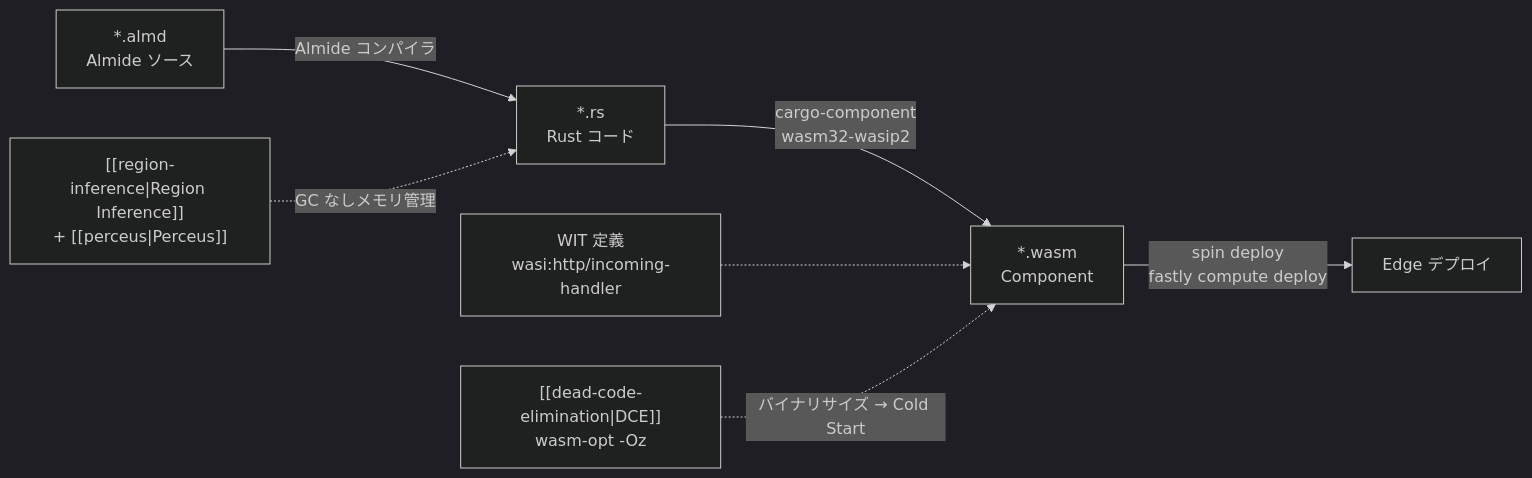
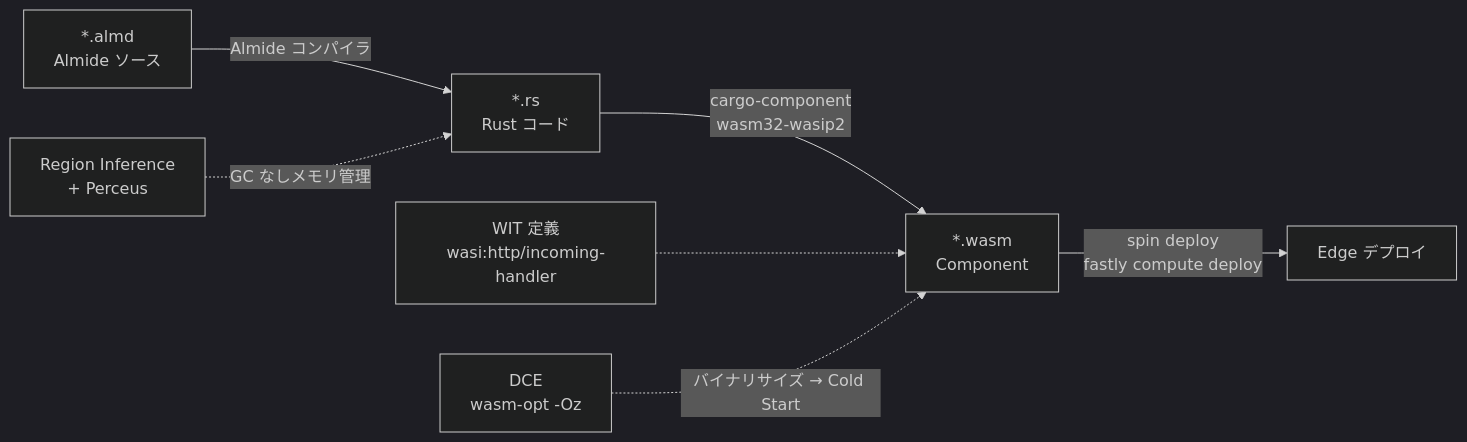
The seventh of 8 diagrams in vault/edge-wasm-landscape.md (O6lvl4/O6lvl4-knowledge), drawn with Mermaid (dark theme) before and after one commit. The commit also changed other lines of this file, not shown here.

Commit message:
Remove wikilinks from Mermaid blocks for proper rendering

````diff
--- a/vault/edge-wasm-landscape.md
+++ b/vault/edge-wasm-landscape.md
@@ -205,20 +205,20 @@
 ```mermaid
 graph LR
     Almide["*.almd<br/>Almide ソース"]
     Rust["*.rs<br/>Rust コード"]
     Component["*.wasm<br/>Component"]
     Edge["Edge デプロイ"]
 
     Almide -->|"Almide コンパイラ"| Rust
     Rust -->|"cargo-component<br/>wasm32-wasip2"| Component
     Component -->|"spin deploy<br/>fastly compute deploy"| Edge
 
     WIT["WIT 定義<br/>wasi:http/incoming-handler"]
     WIT -.-> Component
 
-    DCE["[[dead-code-elimination|DCE]]<br/>wasm-opt -Oz"]
+    DCE["DCE<br/>wasm-opt -Oz"]
     DCE -.->|"バイナリサイズ → Cold Start"| Component
 
-    RI["[[region-inference|Region Inference]]<br/>+ [[perceus|Perceus]]"]
+    RI["Region Inference<br/>+ Perceus"]
     RI -.->|"GC なしメモリ管理"| Rust
 ```
````
